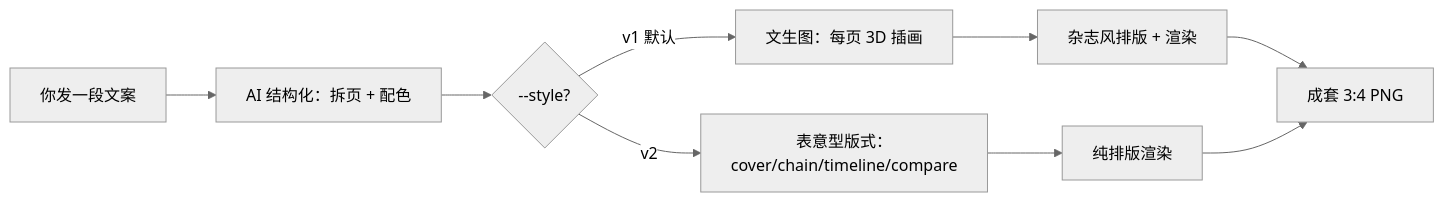
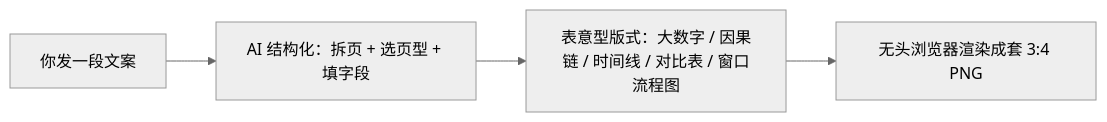
One commit to Wanqiu12345/screenshot-infographic-skill changed the second of 2 diagrams in README.md. Above: the diagram before and after it, drawn with Mermaid (neutral theme). The commit also changed other lines of this file and 13 other files, not shown here.

````diff
--- a/README.md
+++ b/README.md
@@ -321,9 +237,6 @@
 ```mermaid
 flowchart LR
-    A[你发一段文案] --> B[AI 结构化：拆页 + 配色]
-    B --> C1{--style?}
-    C1 -->|v1 默认| D1[文生图：每页 3D 插画] --> E1[杂志风排版 + 渲染]
-    C1 -->|v2| D2[表意型版式：cover/chain/timeline/compare] --> E2[纯排版渲染]
-    E1 --> F[成套 3:4 PNG]
-    E2 --> F
+    A[你发一段文案] --> B[AI 结构化：拆页 + 选页型 + 填字段]
+    B --> C[表意型版式：大数字 / 因果链 / 时间线 / 对比表 / 窗口流程图]
+    C --> D[无头浏览器渲染成套 3:4 PNG]
 ```
````
